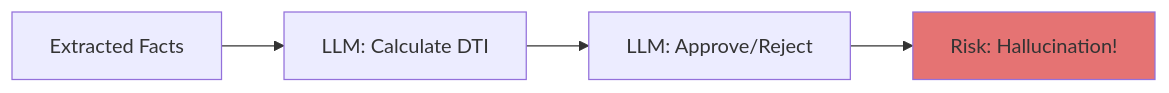
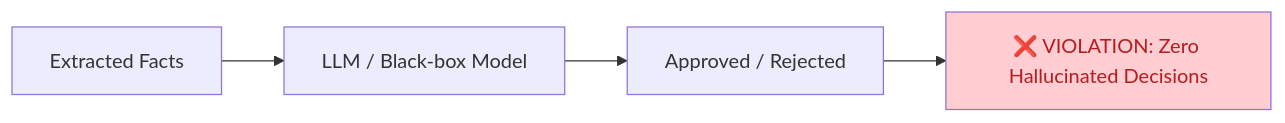
One commit to maczeo11/loan-doc-processing-agent changed the seventh of 8 diagrams in docs/langgraph_workflow.md. Above: the diagram before and after it, drawn with Mermaid. The commit also changed other lines of this file, not shown here.

Commit message:
docs: update LangGraph workflow documentation with authoritative Mermaid diagrams

````diff
--- a/docs/langgraph_workflow.md
+++ b/docs/langgraph_workflow.md
@@ -411,8 +333,7 @@
 ```mermaid
 graph LR
-    A[Extracted Facts] --> X[LLM: Calculate DTI]
-    X --> Y[LLM: Approve/Reject]
-    Y --> Z[Risk: Hallucination!]
-    
-    style Z fill:#E57373
+    Facts[Extracted Facts] --> LLM[LLM / Black-box Model]
+    LLM --> Decision[Approved / Rejected]
+    Decision --> Harm[❌ VIOLATION: Zero Hallucinated Decisions]
+    style Harm fill:#FFCDD2,color:#B71C1C
 ```
````
